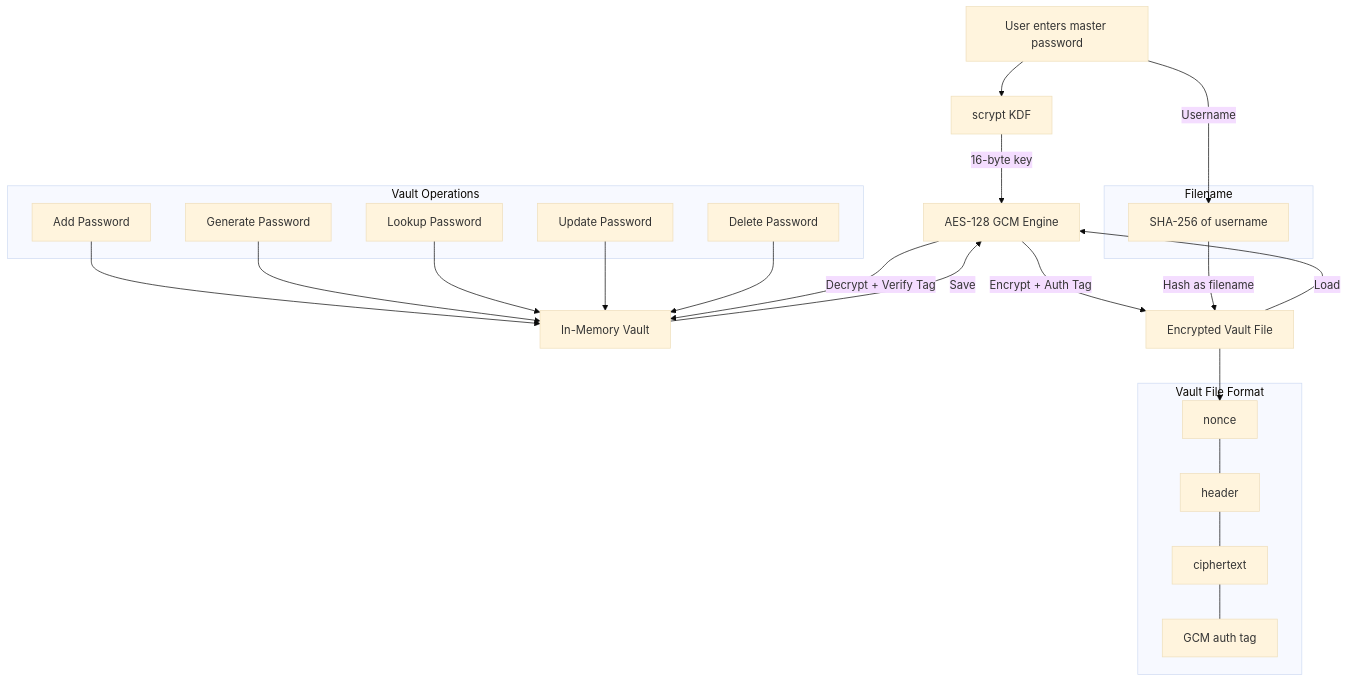
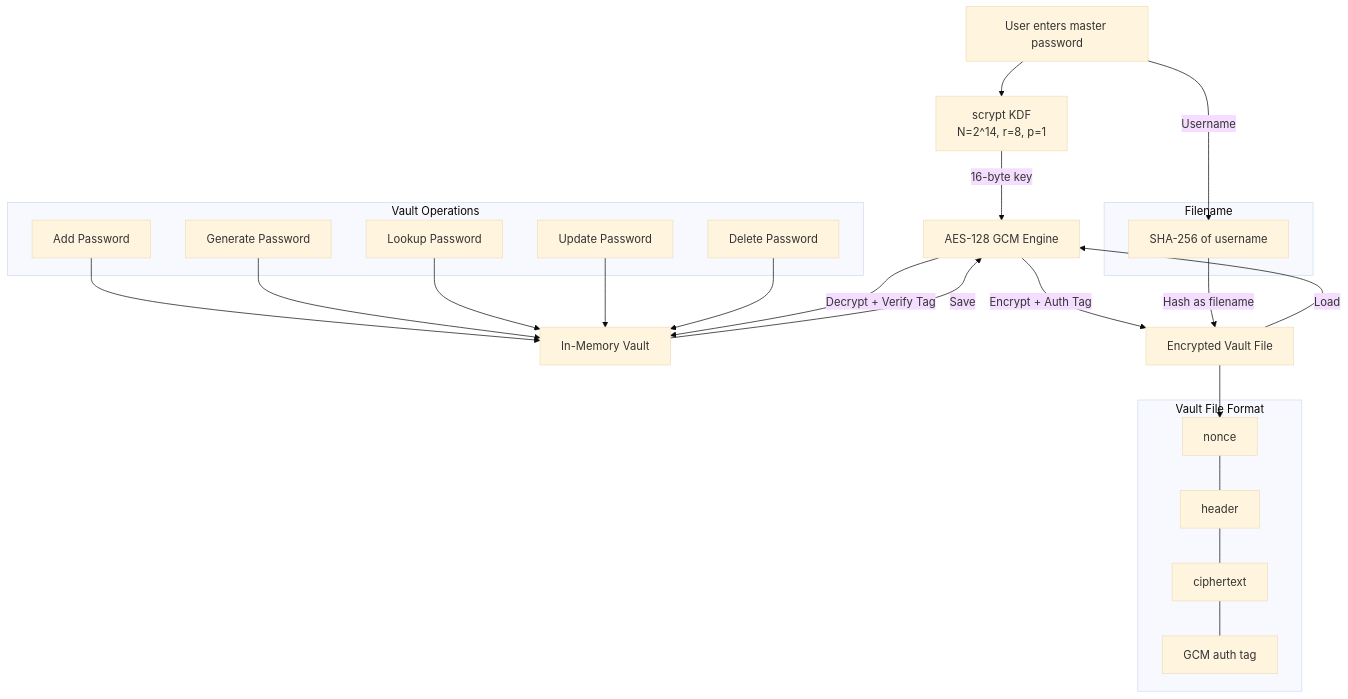
The diagram in README.md (FardinIqbal/secure-vault), drawn with Mermaid (base theme) before and after one commit. The commit also changed other lines of this file, not shown here.

````diff
--- a/README.md
+++ b/README.md
@@ -16,32 +109,32 @@
 ```mermaid
 flowchart TD
-    A[User enters master password] --> B[scrypt KDF]
+    A[User enters master password] --> B[scrypt KDF<br/>N=2^14, r=8, p=1]
     B -->|16-byte key| C[AES-128 GCM Engine]
 
     subgraph Vault Operations
         D[Add Password]
         E[Generate Password]
         F[Lookup Password]
         G[Update Password]
         H[Delete Password]
     end
 
     D & E & F & G & H --> I[In-Memory Vault]
     I -->|Save| C
     C -->|Encrypt + Auth Tag| J[Encrypted Vault File]
     J -->|Load| C
     C -->|Decrypt + Verify Tag| I
 
     subgraph Vault File Format
         K[nonce] --- L[header] --- M[ciphertext] --- N[GCM auth tag]
     end
 
     J --> K
 
     subgraph Filename
         O[SHA-256 of username]
     end
 
     A -->|Username| O
     O -->|Hash as filename| J
 ```
````
